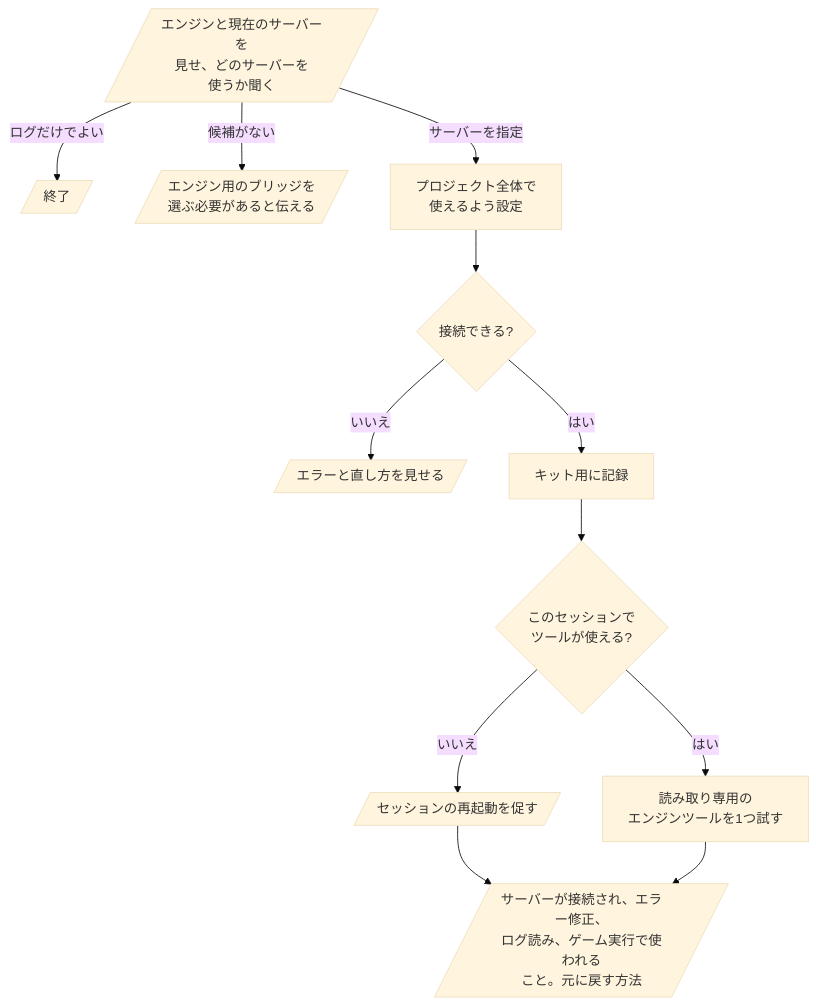
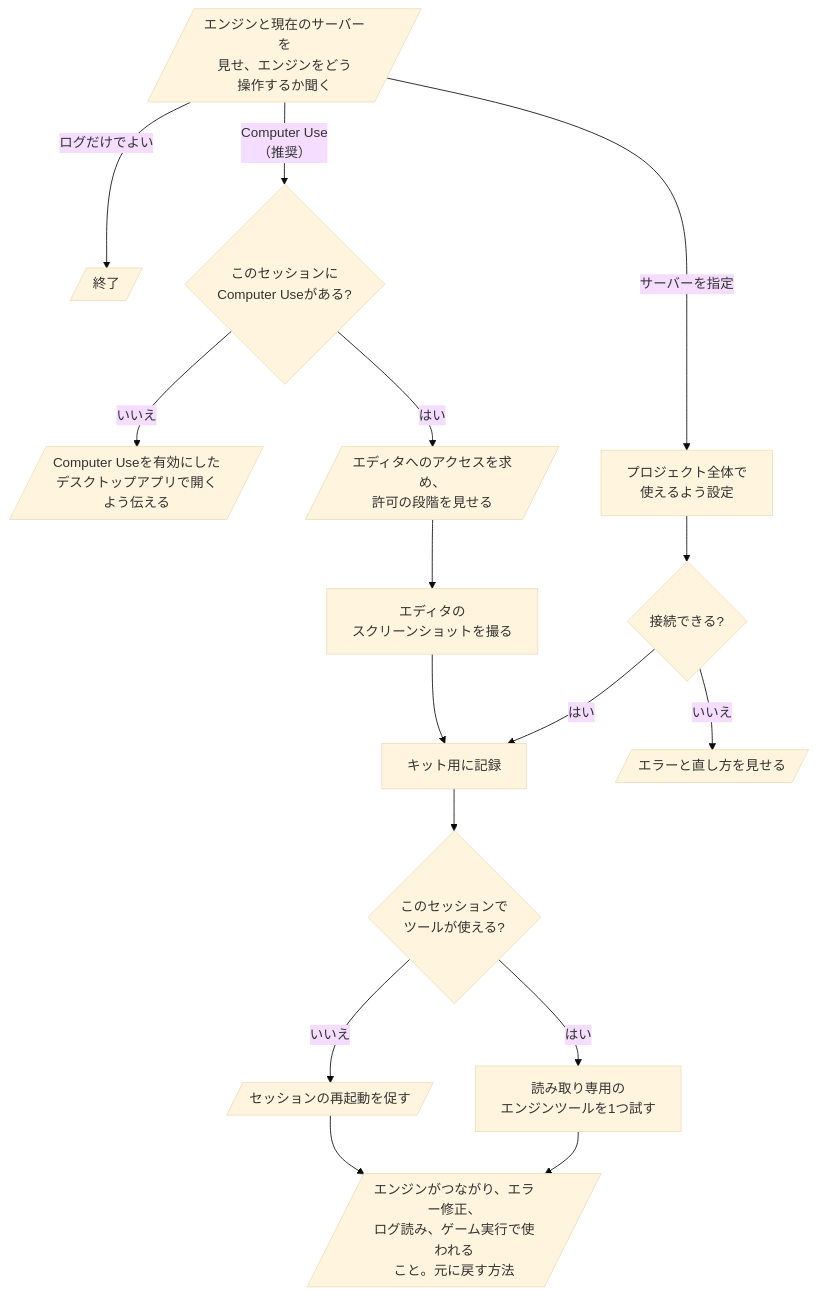
The diagram in domains/game/skills/setup-mcp/README.ja.md (omni-stove/skill-kit), drawn with Mermaid (base theme) before and after one commit. The commit also changed 23 other files, not shown here.

````diff
--- a/domains/game/skills/setup-mcp/README.ja.md
+++ b/domains/game/skills/setup-mcp/README.ja.md
@@ -3,15 +3,19 @@
 ```mermaid
 flowchart TD
-  ask[/"エンジンと現在のサーバーを<br/>見せ、どのサーバーを<br/>使うか聞く"/]
+  ask[/"エンジンと現在のサーバーを<br/>見せ、エンジンをどう<br/>操作するか聞く"/]
   ask -- "ログだけでよい" --> stop[/終了/]
-  ask -- "候補がない" --> pick[/エンジン用のブリッジを<br/>選ぶ必要があると伝える/]
+  ask -- "Computer Use<br/>（推奨）" --> cu{このセッションに<br/>Computer Useがある?}
+  cu -- "いいえ" --> desktop[/Computer Useを有効にした<br/>デスクトップアプリで開くよう伝える/]
+  cu -- "はい" --> access[/エディタへのアクセスを求め、<br/>許可の段階を見せる/]
+  access --> shot[エディタの<br/>スクリーンショットを撮る]
+  shot --> record
   ask -- "サーバーを指定" --> add[プロジェクト全体で<br/>使えるよう設定]
   add --> conn{接続できる?}
   conn -- "いいえ" --> err[/エラーと直し方を見せる/]
   conn -- "はい" --> record[キット用に記録]
   record --> tools{このセッションで<br/>ツールが使える?}
   tools -- "いいえ" --> restart[/セッションの再起動を促す/]
   tools -- "はい" --> try[読み取り専用の<br/>エンジンツールを1つ試す]
   restart --> done
-  try --> done[/"サーバーが接続され、エラー修正、<br/>ログ読み、ゲーム実行で使われる<br/>こと。元に戻す方法"/]
+  try --> done[/"エンジンがつながり、エラー修正、<br/>ログ読み、ゲーム実行で使われる<br/>こと。元に戻す方法"/]
 ```
````
